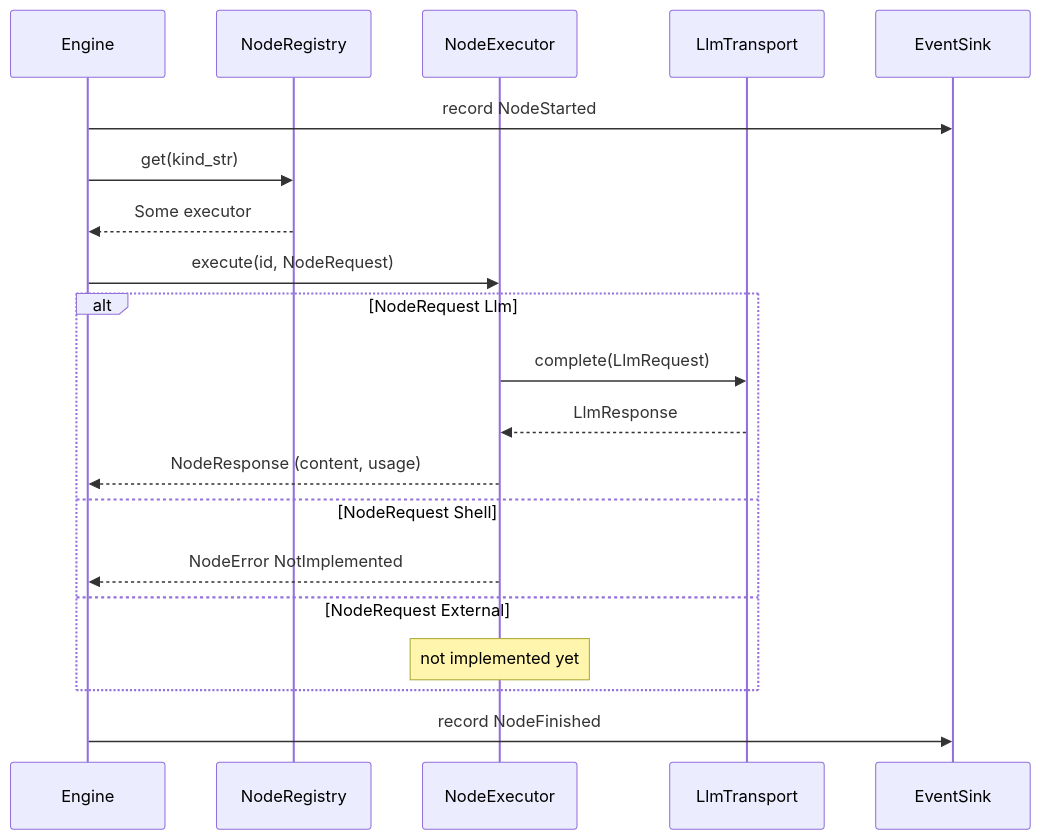
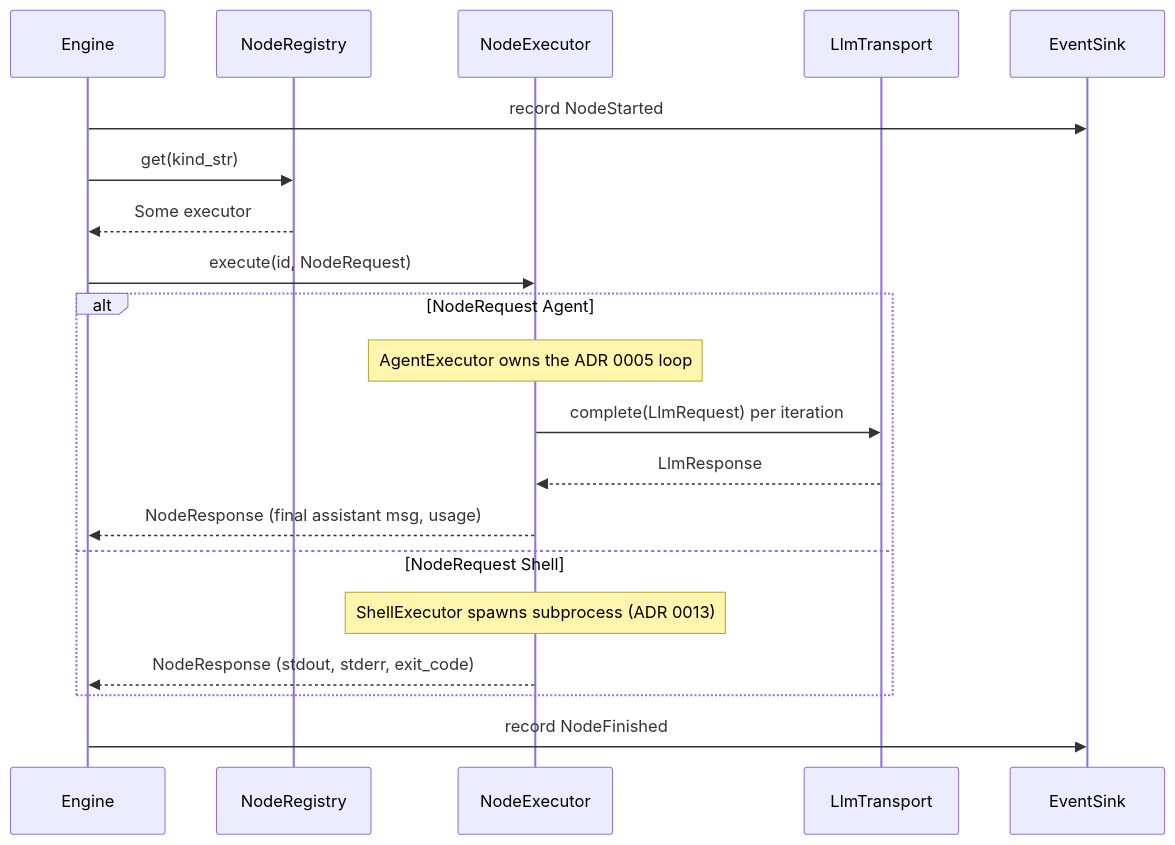
One commit to DoctorMozg/orno changed the tenth of 11 diagrams in docs/flows.md. Above: the diagram before and after it, drawn with Mermaid. The commit also changed other lines of this file and 18 other files, not shown here.

````diff
--- a/docs/flows.md
+++ b/docs/flows.md
@@ -440,23 +465,23 @@
 ```mermaid
 sequenceDiagram
     participant Eng as Engine
     participant Reg as NodeRegistry
     participant Ex as NodeExecutor
     participant Tx as LlmTransport
     participant Sink as EventSink
 
     Eng->>Sink: record NodeStarted
     Eng->>Reg: get(kind_str)
     Reg-->>Eng: Some executor
     Eng->>Ex: execute(id, NodeRequest)
-    alt NodeRequest Llm
-        Ex->>Tx: complete(LlmRequest)
+    alt NodeRequest Agent
+        Note over Ex: AgentExecutor owns the ADR 0005 loop
+        Ex->>Tx: complete(LlmRequest) per iteration
         Tx-->>Ex: LlmResponse
-        Ex-->>Eng: NodeResponse (content, usage)
+        Ex-->>Eng: NodeResponse (final assistant msg, usage)
     else NodeRequest Shell
-        Ex-->>Eng: NodeError NotImplemented
-    else NodeRequest External
-        Note over Ex: not implemented yet
+        Note over Ex: ShellExecutor spawns subprocess (ADR 0013)
+        Ex-->>Eng: NodeResponse (stdout, stderr, exit_code)
     end
     Eng->>Sink: record NodeFinished
 ```
````
